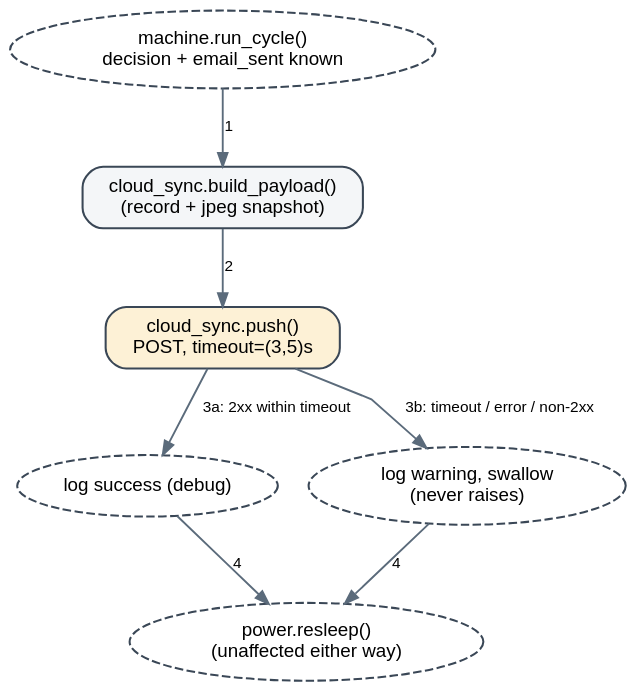
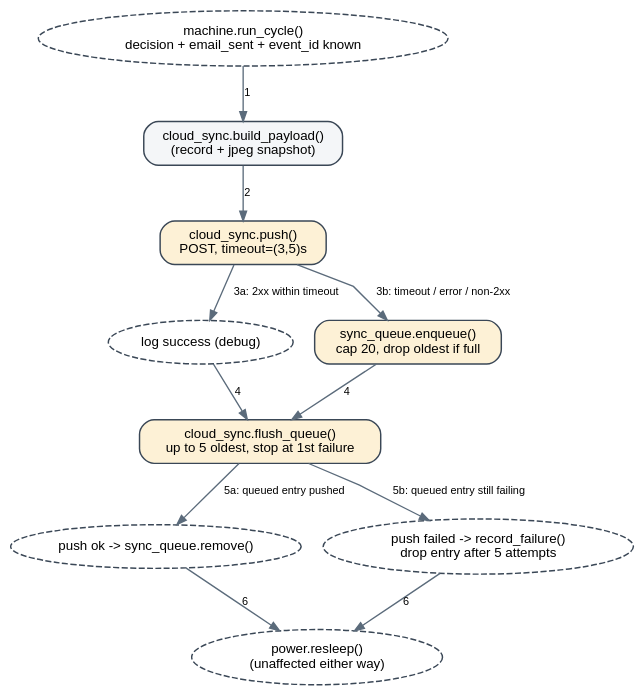
One commit to Industrial-Data-Science-AGH/SNN_Agent changed the diagram in rpi_agents/docs/diagrams/F03-push-flow.dot. Above: the diagram before and after it, drawn with Graphviz. The commit also changed 15 other files, not shown here.

```diff
--- a/rpi_agents/docs/diagrams/F03-push-flow.dot
+++ b/rpi_agents/docs/diagrams/F03-push-flow.dot
@@ -1,25 +1,32 @@
 digraph f03_flow {
   rankdir=TB;
   size="6.5,9!";
   ratio=compress;
   bgcolor="transparent";
   splines=polyline;
   node [shape=box, style="rounded,filled", fillcolor="#F4F6F8",
         color="#3A4756", fontname="Helvetica", fontsize=11, penwidth=1.2];
   edge [color="#5B6B7B", fontname="Helvetica", fontsize=9, penwidth=1.1,
         arrowsize=0.8];
 
-  decide [label="machine.run_cycle()\ndecision + email_sent known", shape=ellipse, style=dashed];
-  build  [label="cloud_sync.build_payload()\n(record + jpeg snapshot)"];
-  post   [label="cloud_sync.push()\nPOST, timeout=(3,5)s", fillcolor="#FDF1D6"];
-  ok     [label="log success (debug)", shape=ellipse, style=dashed];
-  fail   [label="log warning, swallow\n(never raises)", shape=ellipse, style=dashed];
-  resleep[label="power.resleep()\n(unaffected either way)", shape=ellipse, style=dashed];
+  decide  [label="machine.run_cycle()\ndecision + email_sent + event_id known", shape=ellipse, style=dashed];
+  build   [label="cloud_sync.build_payload()\n(record + jpeg snapshot)"];
+  post    [label="cloud_sync.push()\nPOST, timeout=(3,5)s", fillcolor="#FDF1D6"];
+  ok      [label="log success (debug)", shape=ellipse, style=dashed];
+  enqueue [label="sync_queue.enqueue()\ncap 20, drop oldest if full", fillcolor="#FDF1D6"];
+  flush   [label="cloud_sync.flush_queue()\nup to 5 oldest, stop at 1st failure", fillcolor="#FDF1D6"];
+  removed [label="push ok -> sync_queue.remove()", shape=ellipse, style=dashed];
+  kept    [label="push failed -> record_failure()\ndrop entry after 5 attempts", shape=ellipse, style=dashed];
+  resleep [label="power.resleep()\n(unaffected either way)", shape=ellipse, style=dashed];
 
-  decide -> build  [label="1"];
-  build  -> post   [label="2"];
-  post   -> ok     [label="3a: 2xx within timeout"];
-  post   -> fail   [label="3b: timeout / error / non-2xx"];
-  ok     -> resleep [label="4"];
-  fail   -> resleep [label="4"];
+  decide  -> build   [label="1"];
+  build   -> post    [label="2"];
+  post    -> ok      [label="3a: 2xx within timeout"];
+  post    -> enqueue [label="3b: timeout / error / non-2xx"];
+  ok      -> flush   [label="4"];
+  enqueue -> flush   [label="4"];
+  flush   -> removed [label="5a: queued entry pushed"];
+  flush   -> kept    [label="5b: queued entry still failing"];
+  removed -> resleep [label="6"];
+  kept    -> resleep [label="6"];
 }
```
